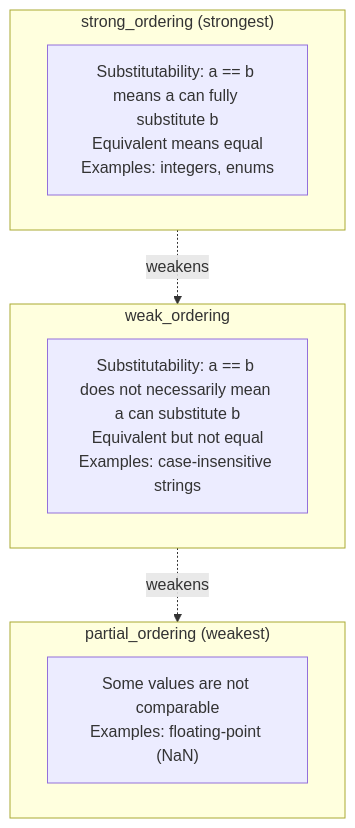
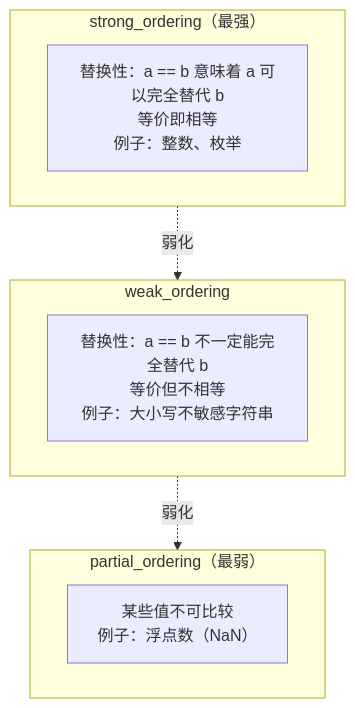
Before and after one commit to Awesome-Embedded-Learning-Studio/Tutorial_AwesomeModernCPP: the diagram in documents/en/vol4-advanced/05-spaceship-operator.md, drawn with Mermaid. The commit also changed other lines of this file and 388 other files, not shown here.

````diff
--- a/documents/en/vol4-advanced/05-spaceship-operator.md
+++ b/documents/en/vol4-advanced/05-spaceship-operator.md
@@ -420,15 +426,15 @@
 ```mermaid
 graph TD
-    subgraph strong["strong_ordering (strongest)"]
-        strong_props["Substitutability: a == b means a can fully substitute b<br/>Equivalent means equal<br/>Examples: integers, enums"]
+    subgraph strong["strong_ordering（最强）"]
+        strong_props["替换性：a == b 意味着 a 可以完全替代 b<br/>等价即相等<br/>例子：整数、枚举"]
     end
     subgraph weak["weak_ordering"]
-        weak_props["Substitutability: a == b does not necessarily mean a can substitute b<br/>Equivalent but not equal<br/>Examples: case-insensitive strings"]
+        weak_props["替换性：a == b 不一定能完全替代 b<br/>等价但不相等<br/>例子：大小写不敏感字符串"]
     end
-    subgraph partial["partial_ordering (weakest)"]
-        partial_props["Some values are not comparable<br/>Examples: floating-point (NaN)"]
+    subgraph partial["partial_ordering（最弱）"]
+        partial_props["某些值不可比较<br/>例子：浮点数（NaN）"]
     end
 
-    strong -.->|weakens| weak
-    weak -.->|weakens| partial
+    strong -.->|弱化| weak
+    weak -.->|弱化| partial
 ```
````
